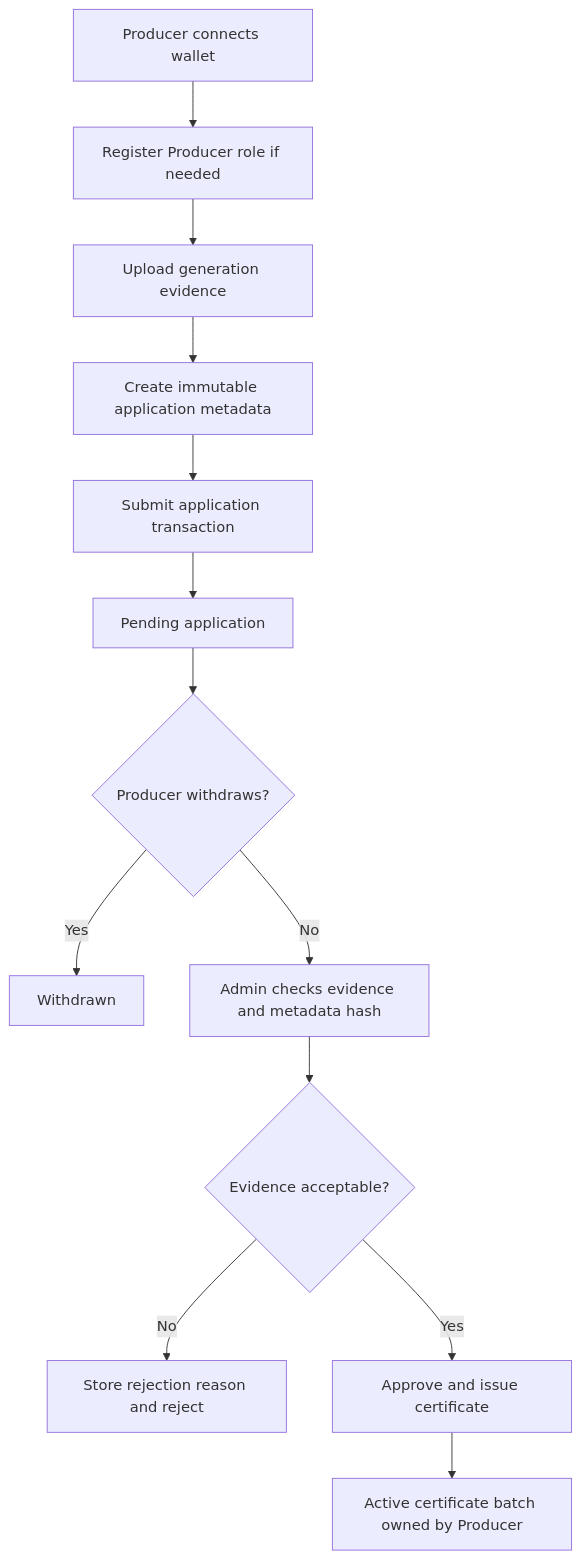
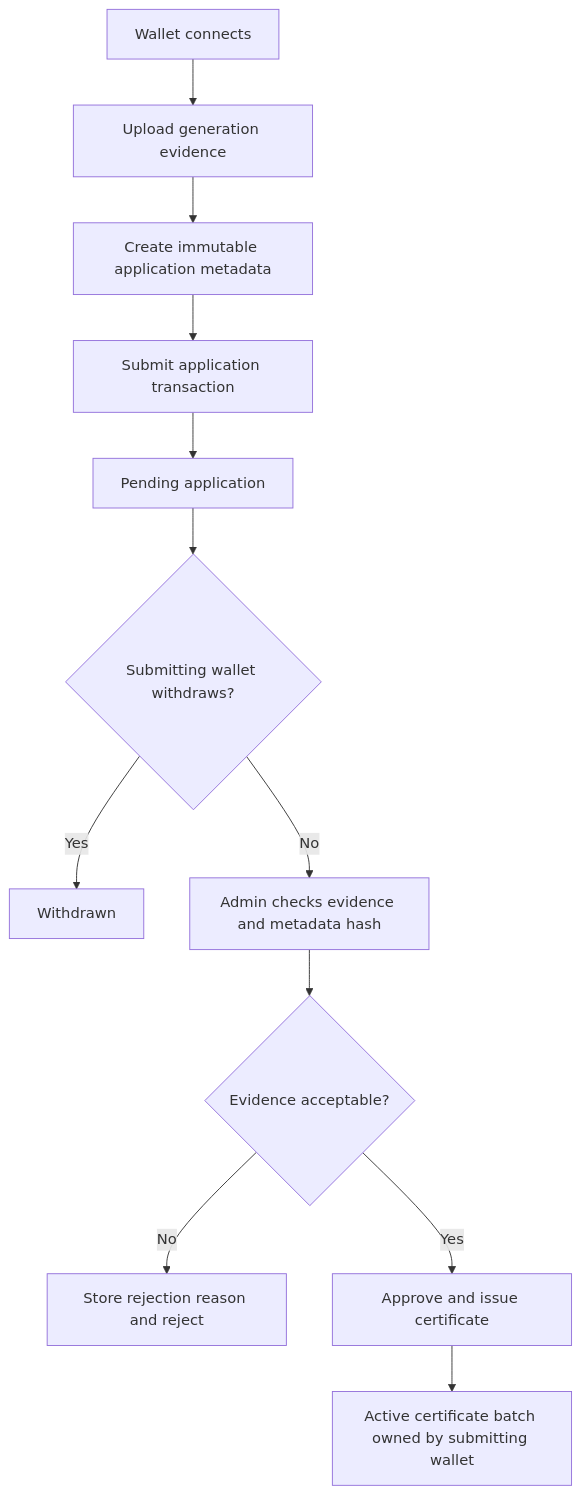
The third of 6 diagrams in docs/development/02-architecture-flow.md (chuansao258-888/Greencert), drawn with Mermaid before and after one commit. The commit also changed other lines of this file and 23 other files, not shown here.

````diff
--- a/docs/development/02-architecture-flow.md
+++ b/docs/development/02-architecture-flow.md
@@ -61,15 +61,14 @@
 ```mermaid
 flowchart TD
-    A[Producer connects wallet] --> B[Register Producer role if needed]
-    B --> C[Upload generation evidence]
+    A[Wallet connects] --> C[Upload generation evidence]
     C --> D[Create immutable application metadata]
     D --> E[Submit application transaction]
     E --> F[Pending application]
-    F --> G{Producer withdraws?}
+    F --> G{Submitting wallet withdraws?}
     G -->|Yes| H[Withdrawn]
     G -->|No| I[Admin checks evidence and metadata hash]
     I --> J{Evidence acceptable?}
     J -->|No| K[Store rejection reason and reject]
     J -->|Yes| L[Approve and issue certificate]
-    L --> M[Active certificate batch owned by Producer]
+    L --> M[Active certificate batch owned by submitting wallet]
 ```
````
